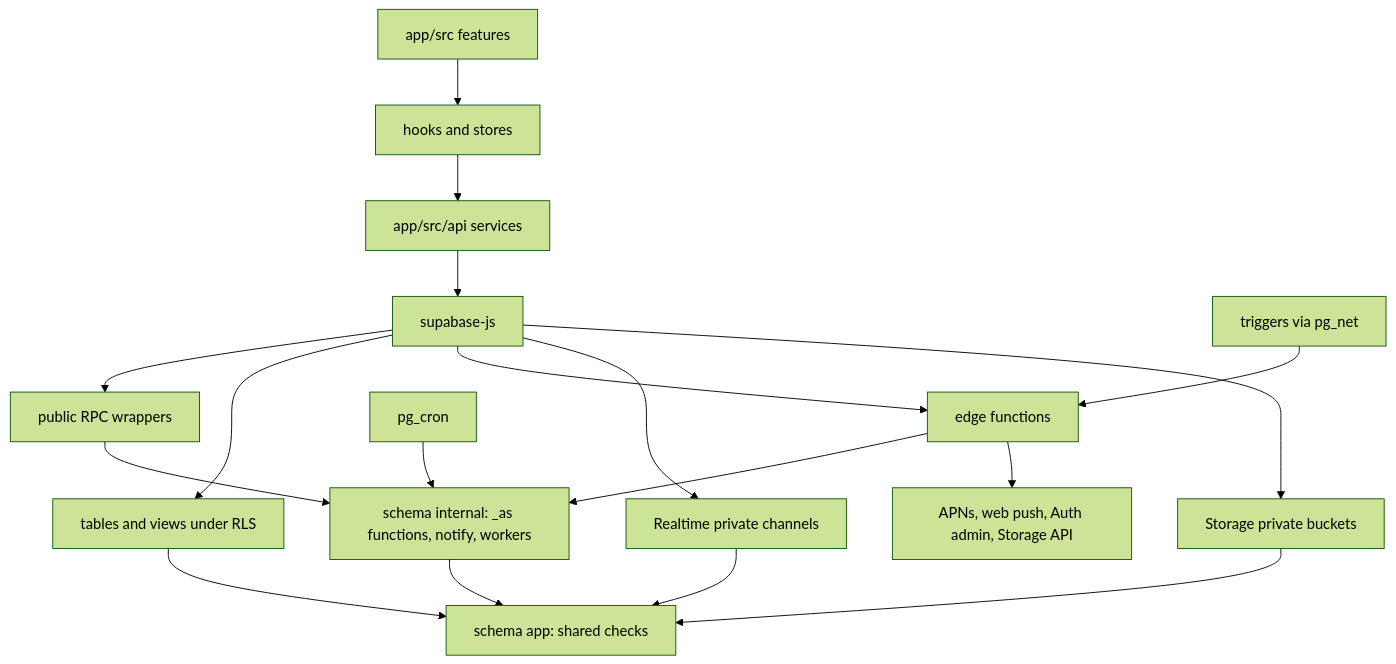
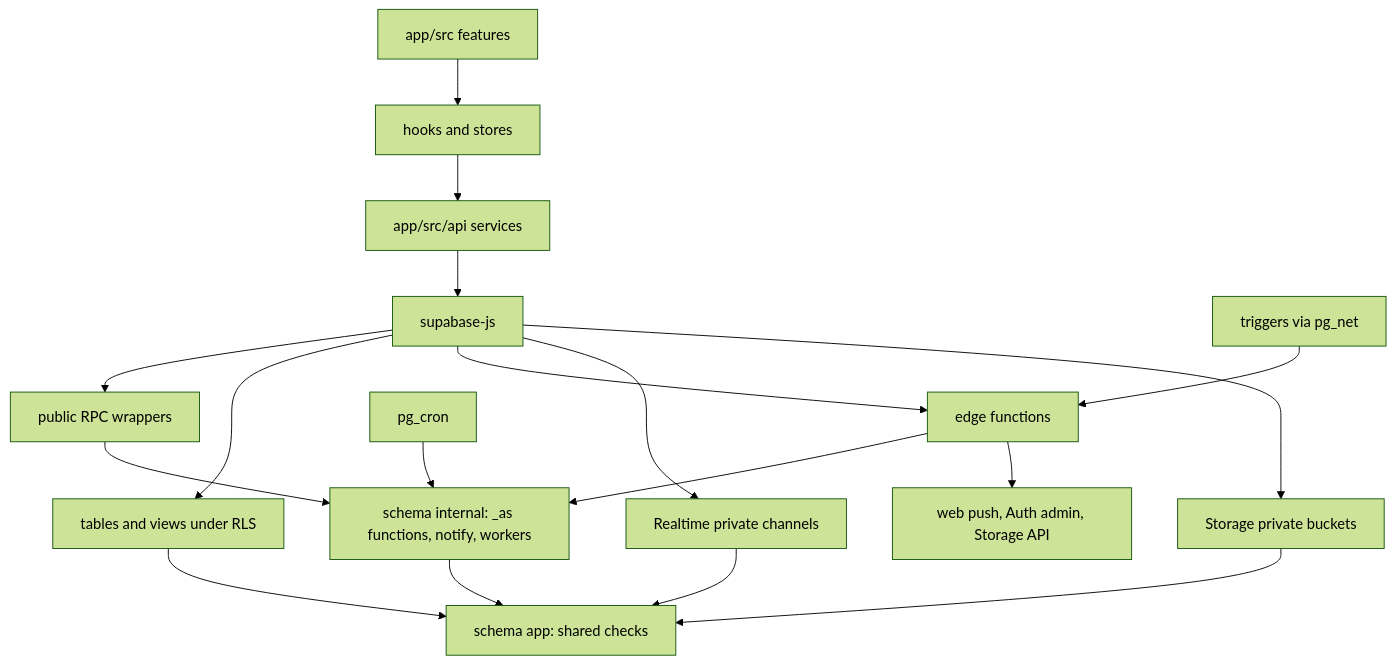
One commit to Sallvainian/Fermi changed the first of 3 diagrams in _bmad-output/initiative-capacitor-supabase-port/architecture-capacitor-supabase-port/architecture-capacitor-supabase-port.md. Above: the diagram before and after it, drawn with Mermaid (forest theme). The commit also changed other lines of this file and 22 other files, not shown here.

````diff
--- a/_bmad-output/initiative-capacitor-supabase-port/architecture-capacitor-supabase-port/architecture-capacitor-supabase-port.md
+++ b/_bmad-output/initiative-capacitor-supabase-port/architecture-capacitor-supabase-port/architecture-capacitor-supabase-port.md
@@ -27,20 +28,20 @@
 ```mermaid
 flowchart TD
   UI[app/src features] --> ST[hooks and stores]
   ST --> API[app/src/api services]
   API --> SB[supabase-js]
   SB --> RPC[public RPC wrappers]
   SB --> TBL[tables and views under RLS]
   SB --> EF[edge functions]
   SB --> RT[Realtime private channels]
   SB --> STO[Storage private buckets]
   RPC --> INT[schema internal: _as functions, notify, workers]
   TBL --> APP[schema app: shared checks]
   INT --> APP
   STO --> APP
   RT --> APP
   EF --> INT
-  EF --> EXT[APNs, web push, Auth admin, Storage API]
+  EF --> EXT[web push, Auth admin, Storage API]
   CRON[pg_cron] --> INT
   TRG[triggers via pg_net] --> EF
 ```
````
